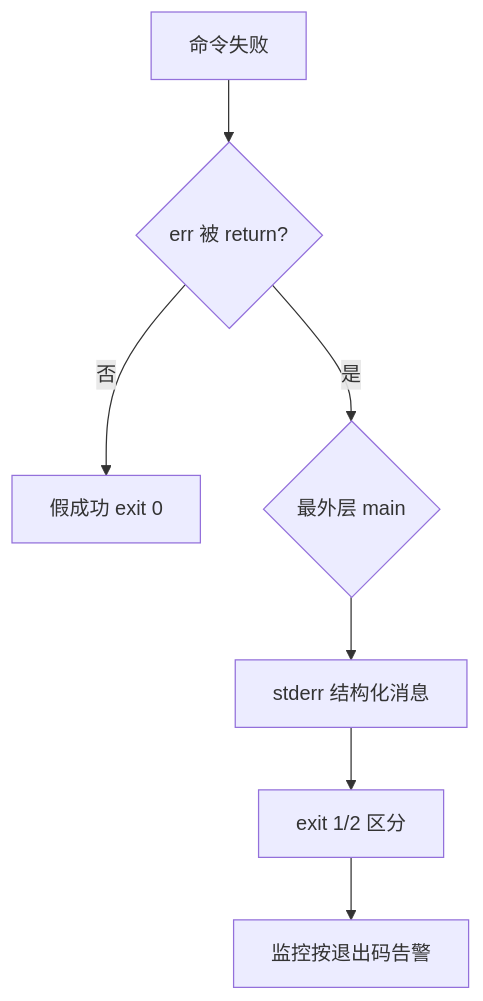
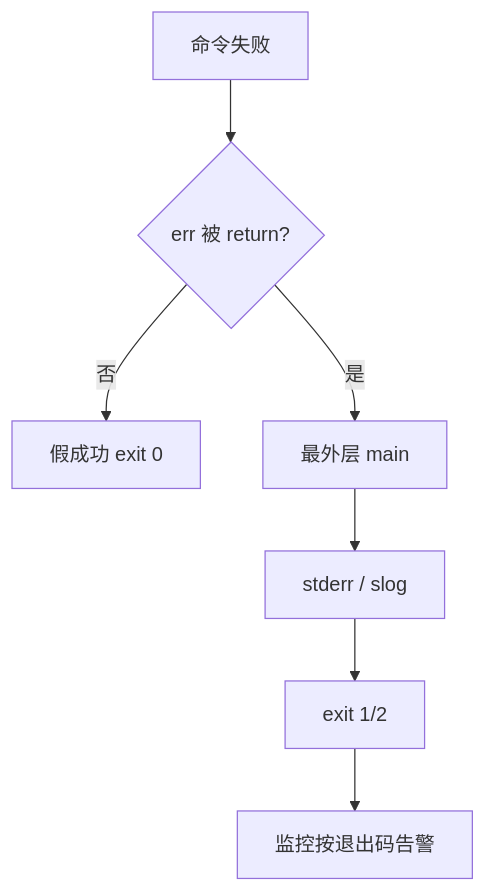
Before and after one commit to ml-cuizijun/LearnToLilith: the second of 2 diagrams in 05-开发能力/03-Go/04-错误处理与panic/知识点.md, drawn with Mermaid. The commit also changed other lines of this file and 178 other files, not shown here.

````diff
--- a/05-开发能力/03-Go/04-错误处理与panic/知识点.md
+++ b/05-开发能力/03-Go/04-错误处理与panic/知识点.md
@@ -424,9 +417,9 @@
 ```mermaid
 flowchart TD
-    A[命令失败] --> B{err 被 return?}
-    B -->|否| C[假成功 exit 0]
-    B -->|是| D{最外层 main}
-    D --> E[stderr 结构化消息]
-    E --> F[exit 1/2 区分]
-    F --> G[监控按退出码告警]
+    A["命令失败"] --> B{"err 被 return?"}
+    B -->|否| C["假成功 exit 0"]
+    B -->|是| D["最外层 main"]
+    D --> E["stderr / slog"]
+    E --> F["exit 1/2"]
+    F --> G["监控按退出码告警"]
 ```
````
